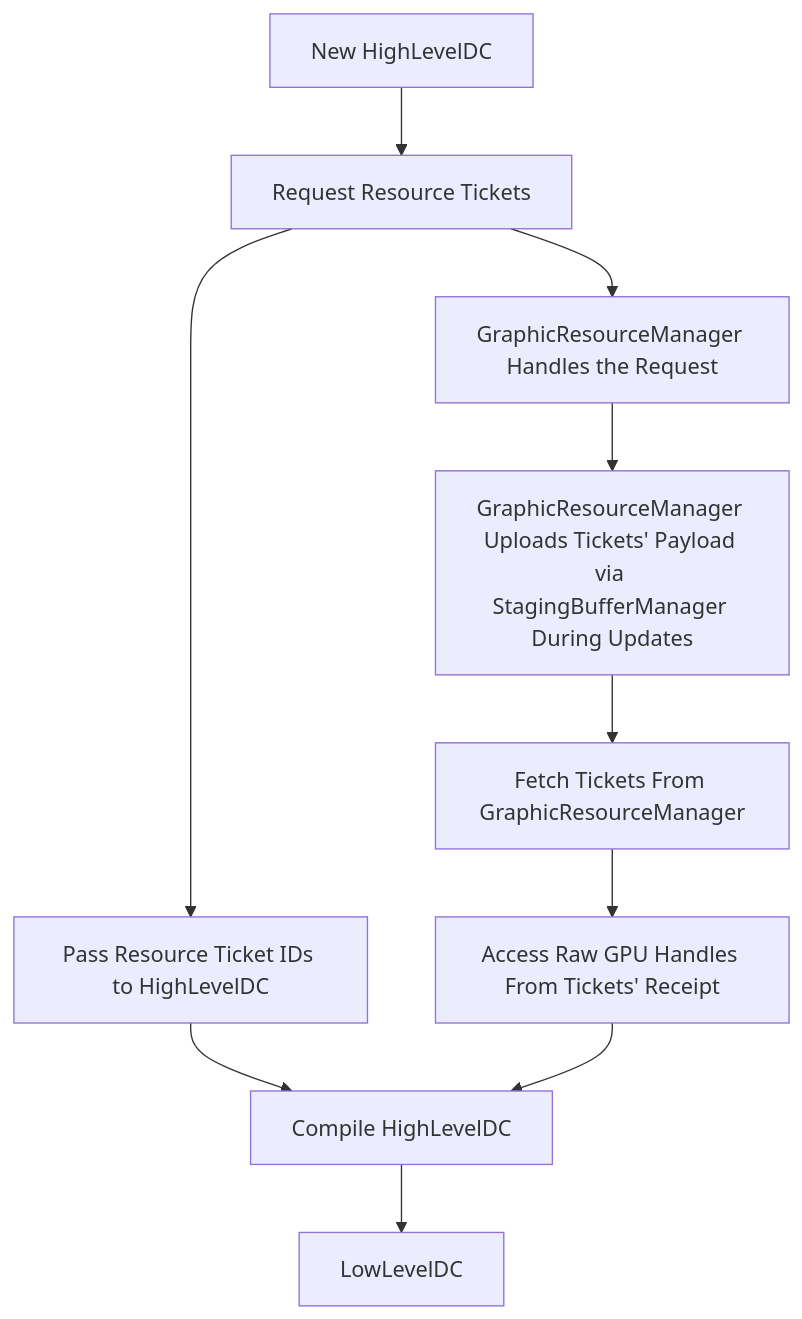
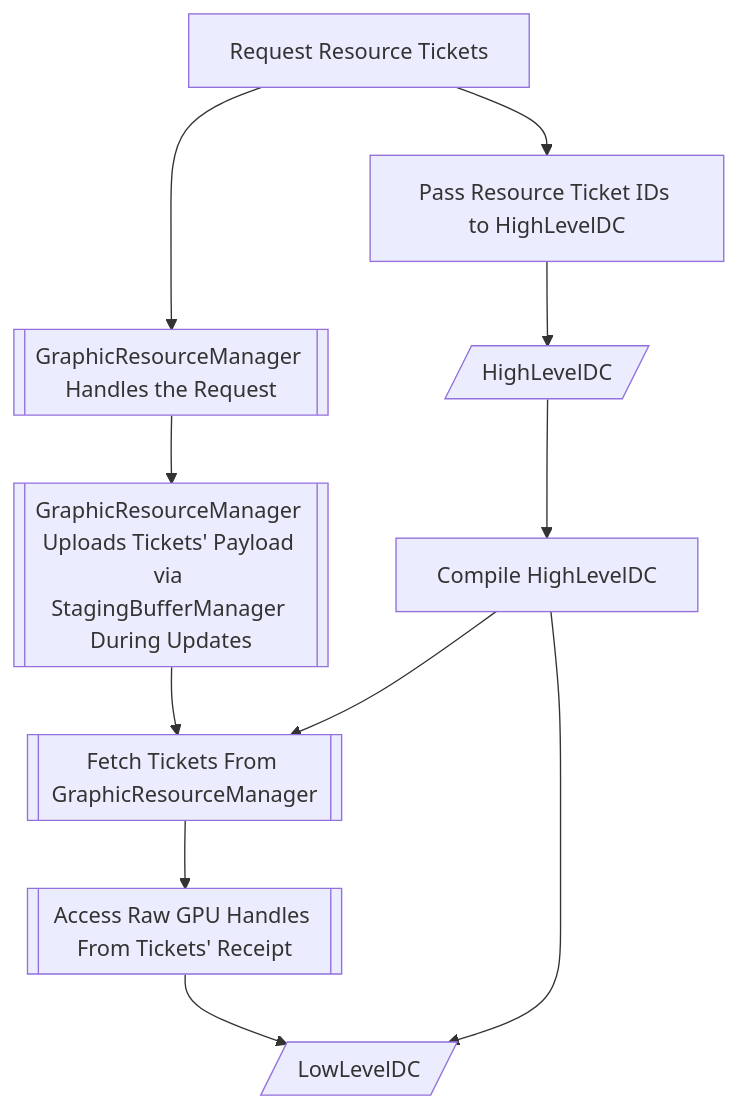
Before and after one commit to CleanroomMC/Cleanroom: the second of 3 diagrams in ENGINE_OVERVIEW.md, drawn with Mermaid. The commit also changed other lines of this file and 1 other file, not shown here.

````diff
--- a/ENGINE_OVERVIEW.md
+++ b/ENGINE_OVERVIEW.md
@@ -292,12 +318,13 @@
 ```mermaid
 graph TD
-    A0[New HighLevelDC] --> A[Request Resource Tickets]
-    A --> B[Pass Resource Ticket IDs to HighLevelDC]
+    A0[Request Resource Tickets] --> A[Pass Resource Ticket IDs to HighLevelDC]
+    A --> B[/HighLevelDC/]
     B --> C[Compile HighLevelDC]
-    A --> A1[GraphicResourceManager Handles the Request]
-    A1 --> A2[GraphicResourceManager Uploads Tickets' Payload via StagingBufferManager During Updates]
-    A2 --> A3[Fetch Tickets From GraphicResourceManager]
-    A3 --> A4[Access Raw GPU Handles From Tickets' Receipt]
-    A4 --> C
-    C --> D[LowLevelDC]
+    A0 --> A1[[GraphicResourceManager Handles the Request]]
+    A1 --> A2[[GraphicResourceManager Uploads Tickets' Payload via StagingBufferManager During Updates]]
+    A2 --> A3[[Fetch Tickets From GraphicResourceManager]]
+    A3 --> A4[[Access Raw GPU Handles From Tickets' Receipt]]
+    C --> A3
+    A4 --> D
+    C --> D[/LowLevelDC/]
 ```
````
